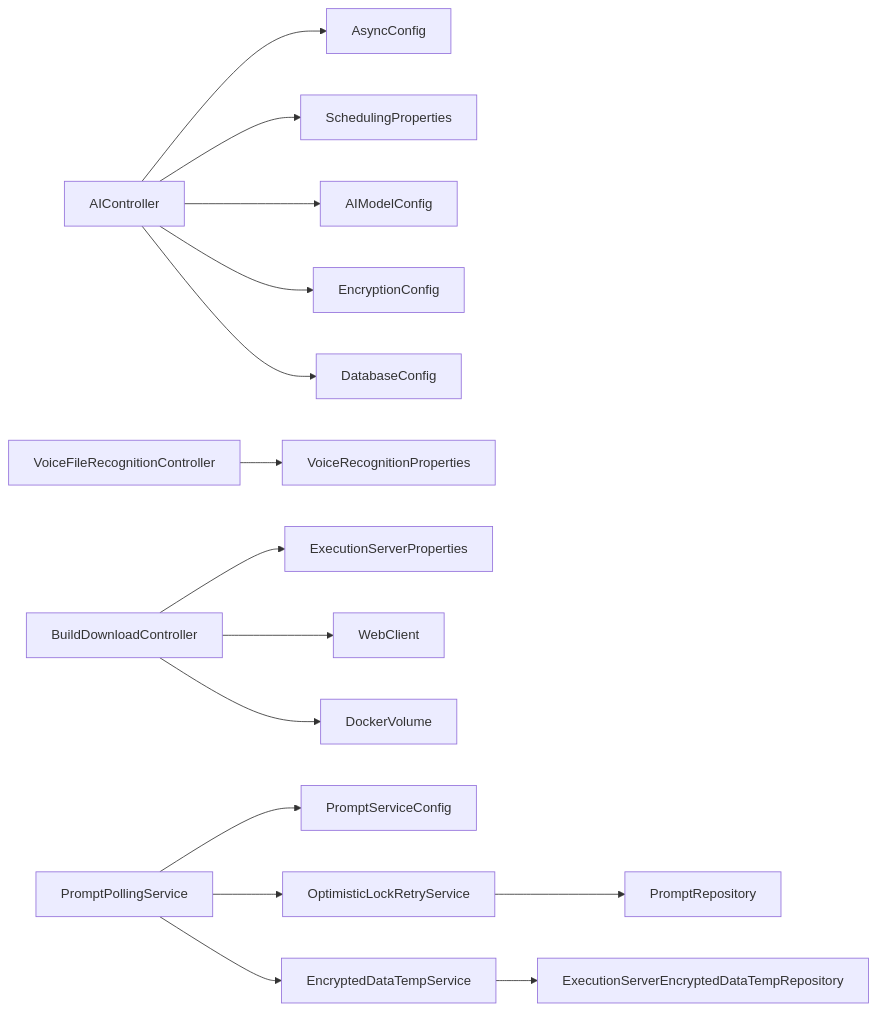
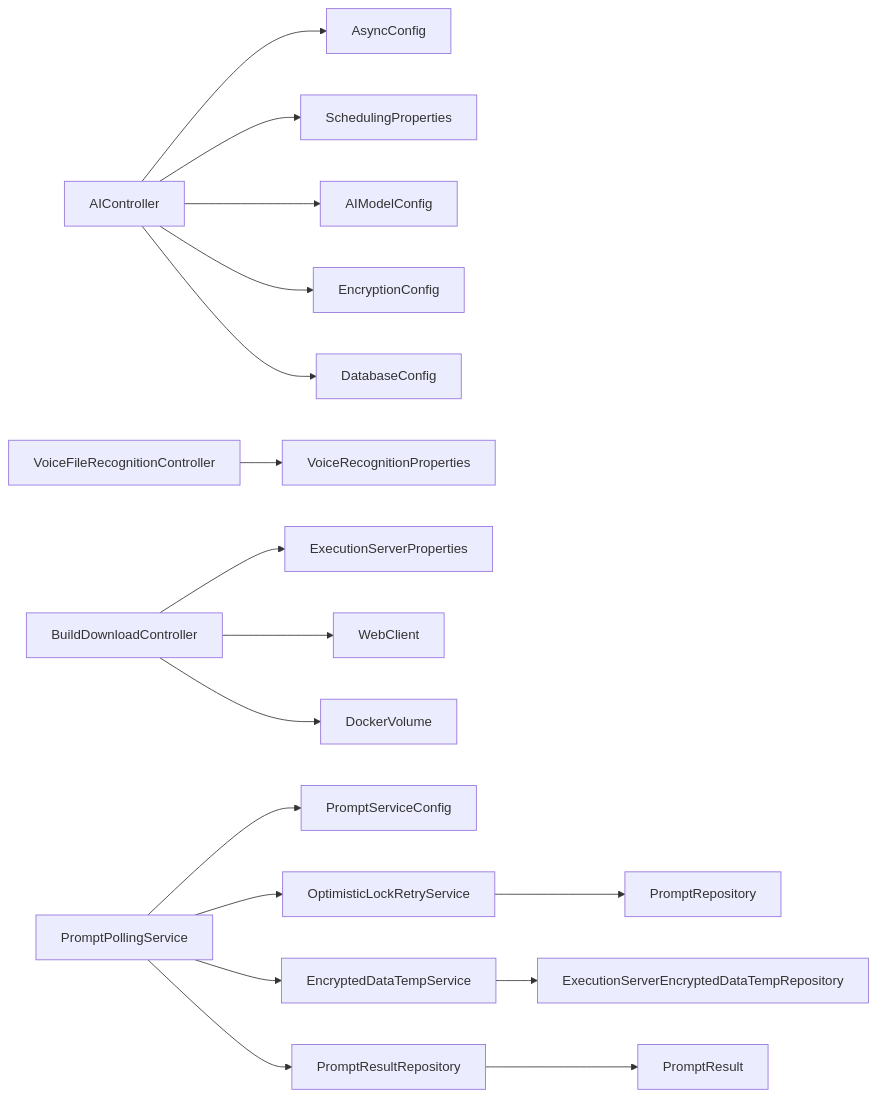
Before and after one commit to liuzh2008/med_ai_assistant_workspace: diagram 11 of 11 in .qoder/repowiki/zh/content/核心功能模块/核心功能模块.md, drawn with Mermaid. The commit also changed other lines of this file and 5 other files, not shown here.

````diff
--- a/.qoder/repowiki/zh/content/核心功能模块/核心功能模块.md
+++ b/.qoder/repowiki/zh/content/核心功能模块/核心功能模块.md
@@ -692,17 +715,19 @@
 ```mermaid
 graph LR
 AIController --> AsyncConfig
 AIController --> SchedulingProperties
 AIController --> AIModelConfig
 AIController --> EncryptionConfig
 AIController --> DatabaseConfig
 VoiceFileRecognitionController --> VoiceRecognitionProperties
 BuildDownloadController --> ExecutionServerProperties
 BuildDownloadController --> WebClient
 BuildDownloadController --> DockerVolume
 PromptPollingService --> PromptServiceConfig
 PromptPollingService --> OptimisticLockRetryService
 PromptPollingService --> EncryptedDataTempService
+PromptPollingService --> PromptResultRepository
 OptimisticLockRetryService --> PromptRepository
 EncryptedDataTempService --> ExecutionServerEncryptedDataTempRepository
+PromptResultRepository --> PromptResult
 ```
````
